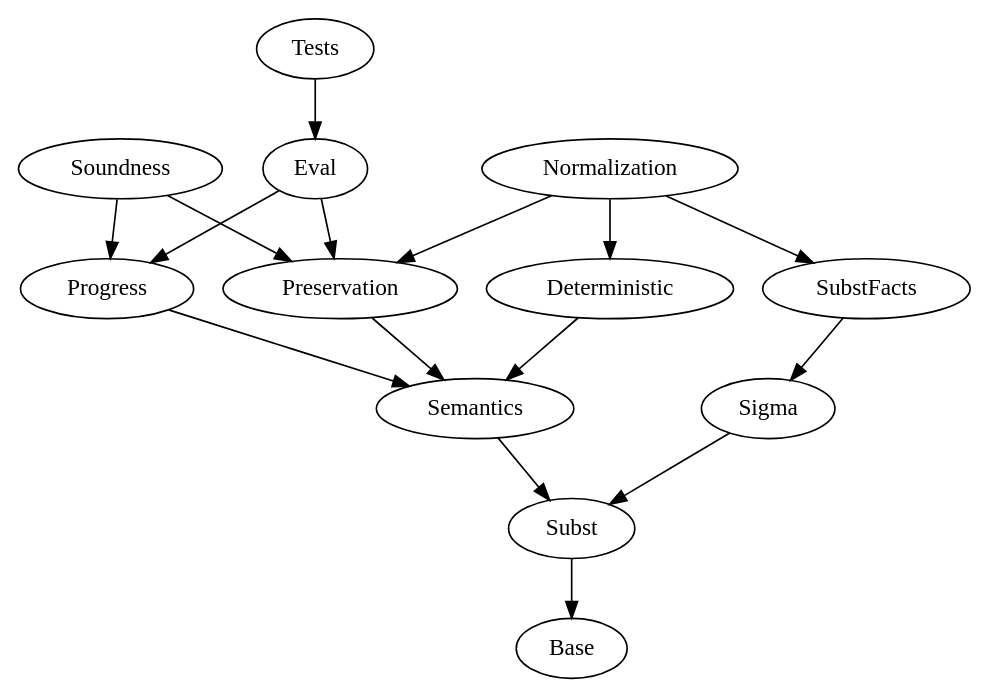
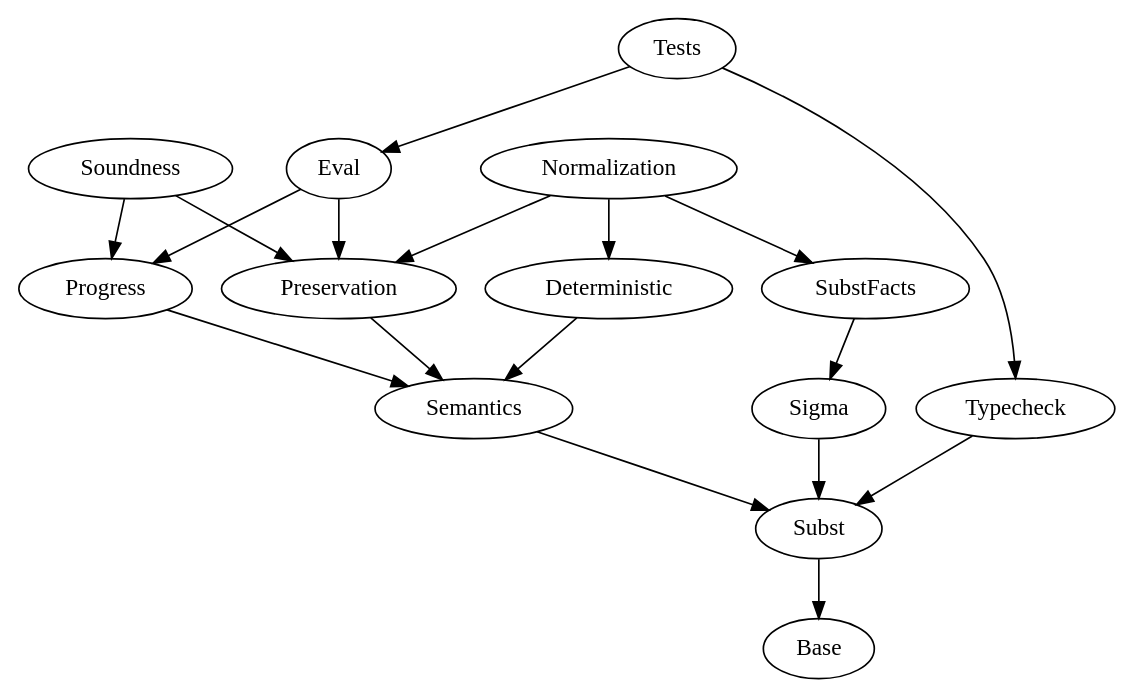
Before and after one commit to tmoux/solid-happiness: the diagram in small.dot, drawn with Graphviz. The commit also changed 5 other files, not shown here.

```diff
--- a/small.dot
+++ b/small.dot
@@ -1,31 +1,34 @@
 digraph dependencies {
     subgraph {
     }
     m2 [label=Subst];
     m6 [label=SubstFacts];
     m8 [label=Preservation];
     m18 [label=Semantics];
-    m56 [label=Soundness];
-    m57 [label=Progress];
-    m68 [label=Tests];
-    m82 [label=Deterministic];
-    m85 [label=Base];
-    m96 [label=Normalization];
-    m109 [label=Eval];
-    m115 [label=Sigma];
-    m2 -> m85;
-    m6 -> m115;
+    m57 [label=Soundness];
+    m58 [label=Progress];
+    m68 [label=Typecheck];
+    m70 [label=Tests];
+    m85 [label=Deterministic];
+    m88 [label=Base];
+    m99 [label=Normalization];
+    m113 [label=Eval];
+    m119 [label=Sigma];
+    m2 -> m88;
+    m6 -> m119;
     m8 -> m18;
     m18 -> m2;
-    m56 -> m8;
-    m56 -> m57;
-    m57 -> m18;
-    m68 -> m109;
-    m82 -> m18;
-    m96 -> m6;
-    m96 -> m8;
-    m96 -> m82;
-    m109 -> m8;
-    m109 -> m57;
-    m115 -> m2;
+    m57 -> m8;
+    m57 -> m58;
+    m58 -> m18;
+    m68 -> m2;
+    m70 -> m68;
+    m70 -> m113;
+    m85 -> m18;
+    m99 -> m6;
+    m99 -> m8;
+    m99 -> m85;
+    m113 -> m8;
+    m113 -> m58;
+    m119 -> m2;
 }
```
